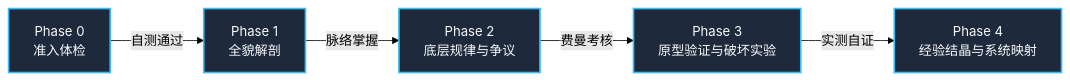
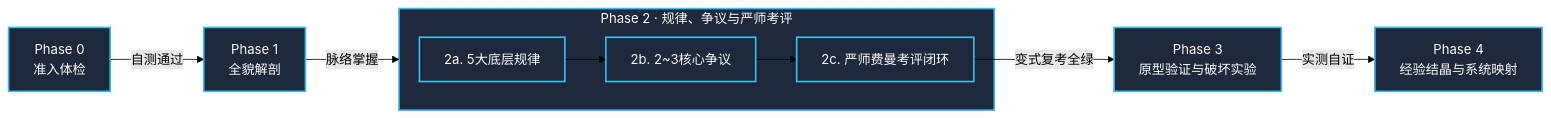
Before and after one commit to ThreeFish-AI/guided-learn: the diagram in SKILL.md, drawn with Mermaid (forest theme). The commit also changed other lines of this file and 2 other files, not shown here.

First line of the commit message:
feat(feynman): 引入 Phase 2c 严师费曼考评闭环，Phase 2 解耦为规律/争议/考评三级步进模组;

````diff
--- a/SKILL.md
+++ b/SKILL.md
@@ -59,10 +62,13 @@
 ```mermaid
 flowchart LR
     P0["Phase 0<br/>准入体检"] -->|自测通过| P1["Phase 1<br/>全貌解剖"]
-    P1 -->|脉络掌握| P2["Phase 2<br/>底层规律与争议"]
-    P2 -->|费曼考核| P3["Phase 3<br/>原型验证与破坏实验"]
+    P1 -->|脉络掌握| P2["Phase 2<br/>规律、争议与严师考评"]
+    subgraph P2["Phase 2 · 规律、争议与严师考评"]
+        P2a["2a. 5大底层规律"] --> P2b["2b. 2~3核心争议"] --> P2c["2c. 严师费曼考评闭环"]
+    end
+    P2c -->|变式复考全绿| P3["Phase 3<br/>原型验证与破坏实验"]
     P3 -->|实测自证| P4["Phase 4<br/>经验结晶与系统映射"]
 
     classDef phase fill:#1e293b,stroke:#38bdf8,stroke-width:2px,color:#f8fafc;
-    class P0,P1,P2,P3,P4 phase;
+    class P0,P1,P2,P3,P4,P2a,P2b,P2c phase;
 ```
````
